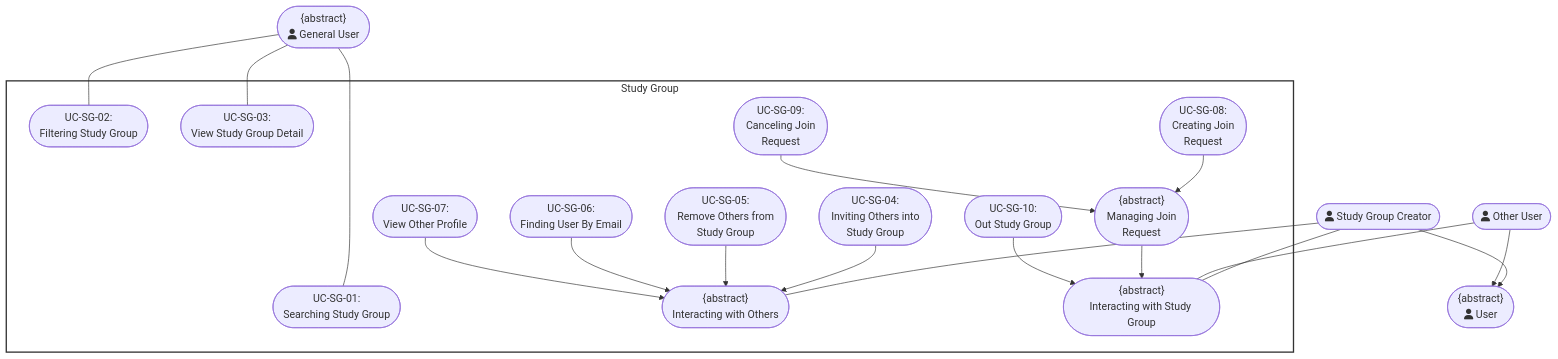
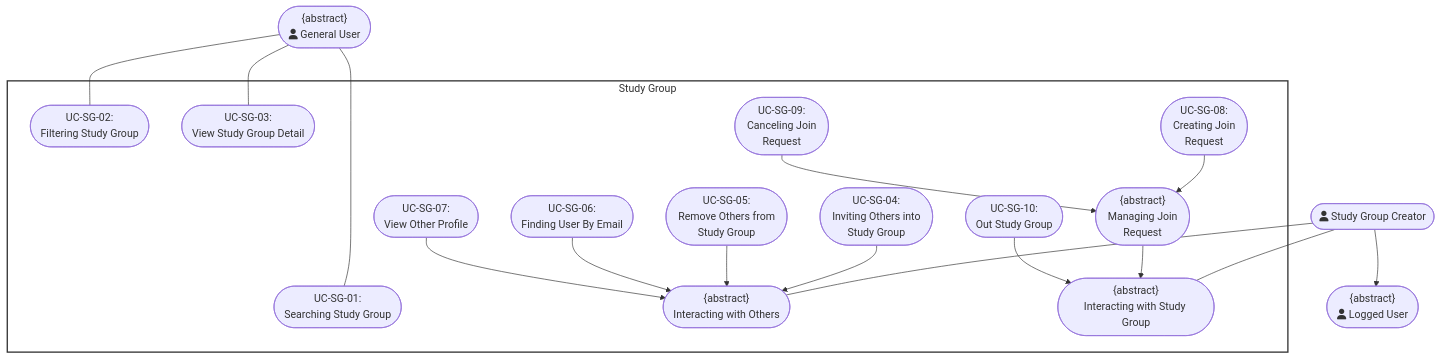
The sixth of 9 diagrams in docs/management/PA3/Use-CaseDiagram.md (DuyNhat1705/AmeThyst-Library), drawn with Mermaid before and after one commit. The commit also changed other lines of this file and 2 other files, not shown here.

Commit message:
update uc diagram

````diff
--- a/docs/management/PA3/Use-CaseDiagram.md
+++ b/docs/management/PA3/Use-CaseDiagram.md
@@ -273,36 +271,34 @@
 ```mermaid
 flowchart TD
  subgraph StudyGroup["Study Group"]
-        UC1([UC-SG-01:<br>Searching Study Group])
-        UC2([UC-SG-02:<br>Filtering Study Group])
-        UC3([UC-SG-03:<br>View Study Group Detail])
-        UC5([UC-SG-04:<br>Inviting Others into<br>Study Group])
+        UC1(["<center>UC-SG-01:<br>Searching Study Group</center>"])
+        UC2(["<center>UC-SG-02:<br>Filtering Study Group</center>"])
+        UC3(["<center>UC-SG-03:<br>View Study Group Detail</center>"])
+        UC5(["<center>UC-SG-04:<br>Inviting Others into<br>Study Group</center>"])
         UC4(["<center>{abstract}<br>Interacting with Others</center>"])
-        UC6([UC-SG-05:<br>Remove Others from<br>Study Group])
-        UC7([UC-SG-06:<br>Finding User By Email])
-        UC8([UC-SG-07:<br>View Other Profile])
+        UC6(["<center>UC-SG-05:<br>Remove Others from<br>Study Group</center>"])
+        UC7(["<center>UC-SG-06:<br>Finding User By Email</center>"])
+        UC8(["<center>UC-SG-07:<br>View Other Profile</center>"])
         UC9(["<center>{abstract}<br>Interacting with Study Group</center>"])
         UC10(["<center>{abstract}<br>Managing Join<br>Request</center>"])
-        UC11([UC-SG-08:<br>Creating Join<br>Request])
-        UC12([UC-SG-09:<br>Canceling Join<br>Request])
-        UC13([UC-SG-10:<br>Out Study Group])
+        UC11(["<center>UC-SG-08:<br>Creating Join<br>Request</center>"])
+        UC12(["<center>UC-SG-09:<br>Canceling Join<br>Request</center>"])
+        UC13(["<center>UC-SG-10:<br>Out Study Group</center>"])
   end
-    StudyGroupCreator(["fa:fa-user Study Group Creator"]) --> User(["<center>{abstract}<br>fa:fa-user User</center>"])
-    OtherUser(["fa:fa-user Other User"]) --> User
+    StudyGroupCreator(["<center>fa:fa-user Study Group Creator</center>"]) --> User(["<center>{abstract}<br>fa:fa-user Logged User</center>"])
     GeneralUser(["<center>{abstract}<br>fa:fa-user General User</center>"]) ~~~ StudyGroupCreator
     StudyGroupCreator ~~~ User
     GeneralUser ~~~~~ StudyGroup
     GeneralUser --- UC1 & UC2 & UC3
     StudyGroupCreator --- UC4 & UC9
-    OtherUser --- UC9
     UC5 --> UC4
     UC6 --> UC4
     UC7 --> UC4
     UC8 --> UC4
     UC10 --> UC9
     UC13 --> UC9
     UC11 --> UC10
     UC12 --> UC10
 
     style StudyGroup fill:#fff,stroke:#333,stroke-width:2px
 ```
````
